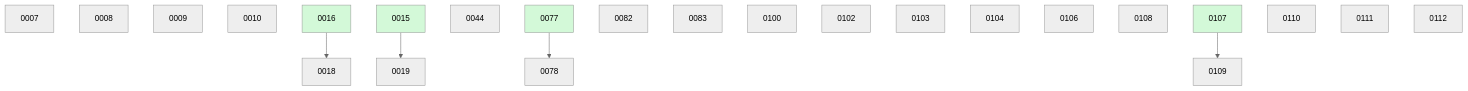
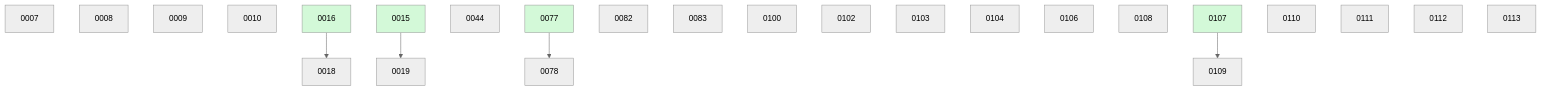
The diagram in docs/changes/BOARD.md (danielhanold/docket), drawn with Mermaid (neutral theme) before and after one commit. The commit also changed other lines of this file, not shown here.

````diff
--- a/docs/changes/BOARD.md
+++ b/docs/changes/BOARD.md
@@ -45,28 +46,29 @@
 ```mermaid
 graph TD
   0007
   0008
   0009
   0010
   0016 --> 0018
   0015 --> 0019
   0044
   0077 --> 0078
   0082
   0083
   0100
   0102
   0103
   0104
   0106
   0108
   0107 --> 0109
   0110
   0111
   0112
+  0113
   0015:::done
   0016:::done
   0077:::done
   0107:::done
   classDef done fill:#d3f9d8;
 ```
````
